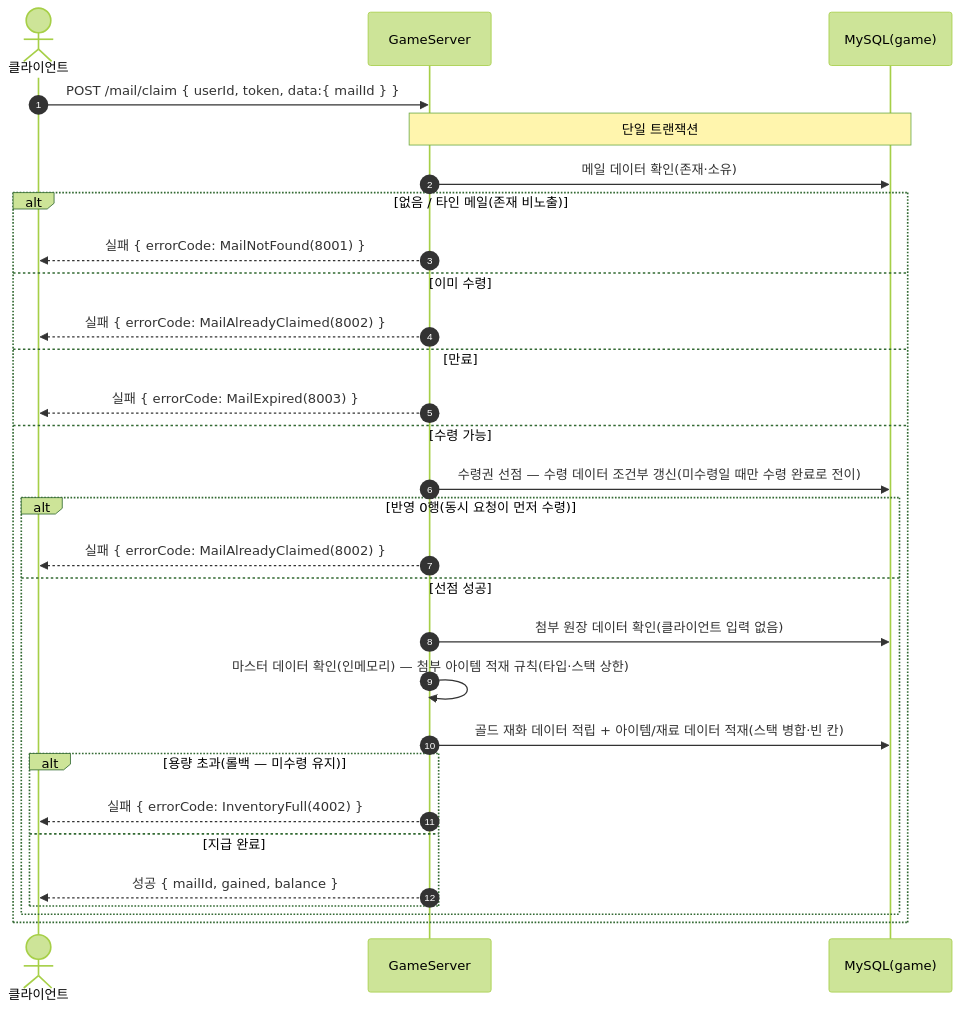
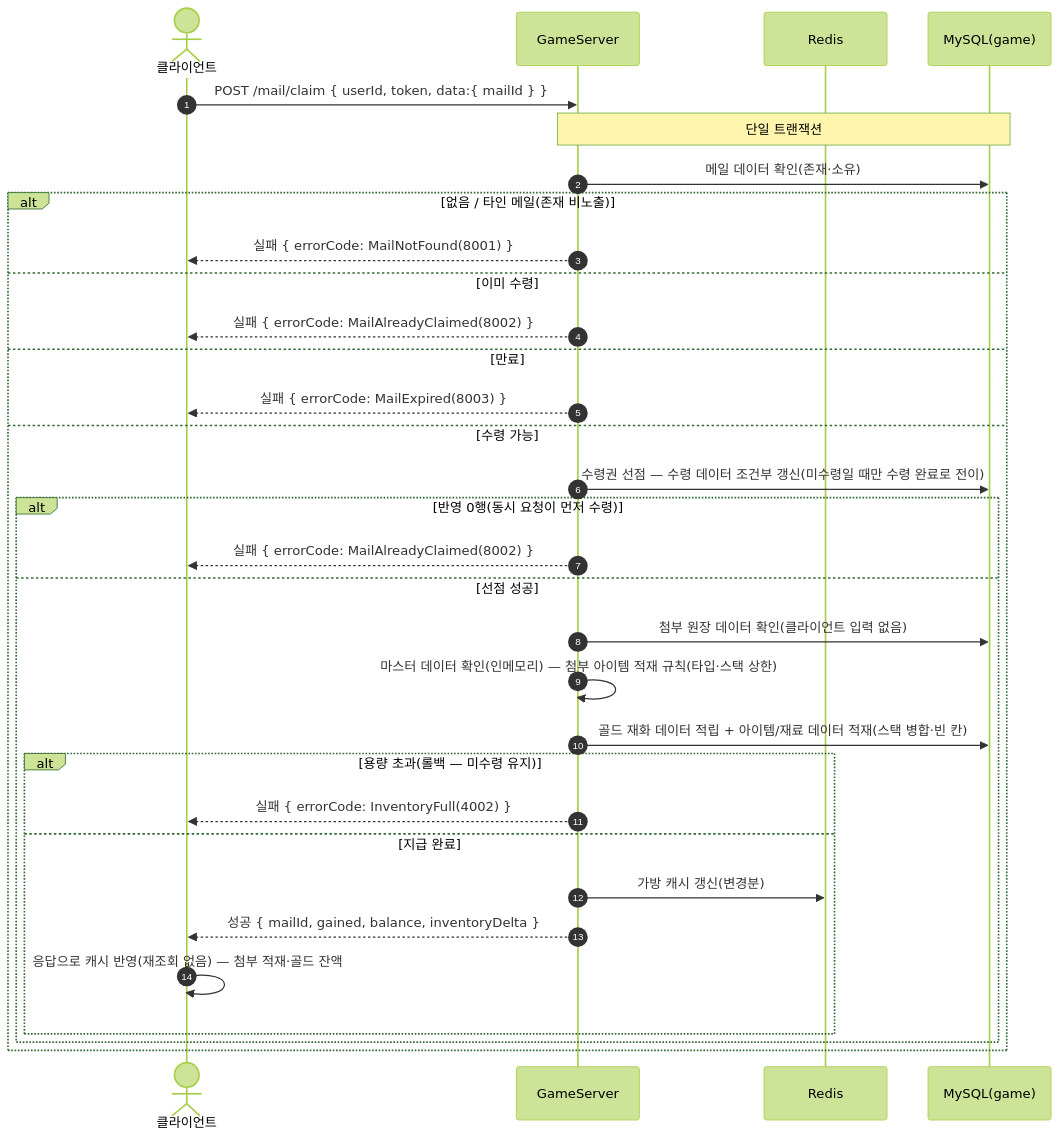
Diagram 31 of 35 in SequenceDiagram/README.md (ks-wook/com2us-taskbar-hero), drawn with Mermaid (forest theme) before and after one commit. The commit also changed other lines of this file and 13 other files, not shown here.

````diff
--- a/SequenceDiagram/README.md
+++ b/SequenceDiagram/README.md
@@ -967,32 +1017,35 @@
 ```mermaid
 sequenceDiagram
     autonumber
     actor C as 클라이언트
     participant S as GameServer
+    participant R as Redis
     participant DB as MySQL(game)
 
     C->>S: POST /mail/claim { userId, token, data:{ mailId } }
     Note over S,DB: 단일 트랜잭션
     S->>DB: 메일 데이터 확인(존재·소유)
     alt 없음 / 타인 메일(존재 비노출)
         S-->>C: 실패 { errorCode: MailNotFound(8001) }
     else 이미 수령
         S-->>C: 실패 { errorCode: MailAlreadyClaimed(8002) }
     else 만료
         S-->>C: 실패 { errorCode: MailExpired(8003) }
     else 수령 가능
         S->>DB: 수령권 선점 — 수령 데이터 조건부 갱신(미수령일 때만 수령 완료로 전이)
         alt 반영 0행(동시 요청이 먼저 수령)
             S-->>C: 실패 { errorCode: MailAlreadyClaimed(8002) }
         else 선점 성공
             S->>DB: 첨부 원장 데이터 확인(클라이언트 입력 없음)
             S->>S: 마스터 데이터 확인(인메모리) — 첨부 아이템 적재 규칙(타입·스택 상한)
             S->>DB: 골드 재화 데이터 적립 + 아이템/재료 데이터 적재(스택 병합·빈 칸)
             alt 용량 초과(롤백 — 미수령 유지)
                 S-->>C: 실패 { errorCode: InventoryFull(4002) }
             else 지급 완료
-                S-->>C: 성공 { mailId, gained, balance }
+                S->>R: 가방 캐시 갱신(변경분)
+                S-->>C: 성공 { mailId, gained, balance, inventoryDelta }
+                C->>C: 응답으로 캐시 반영(재조회 없음) — 첨부 적재·골드 잔액
             end
         end
     end
 ```
````
